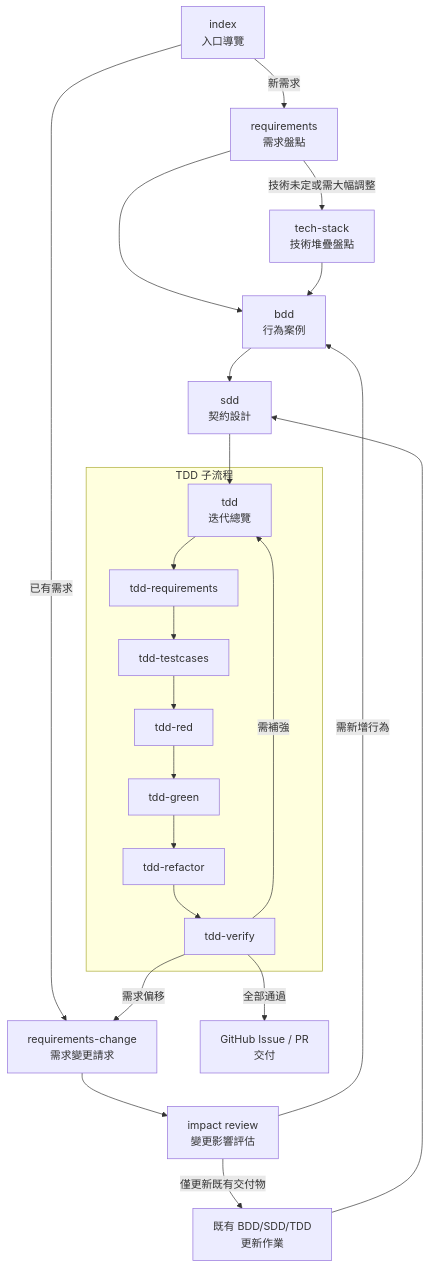
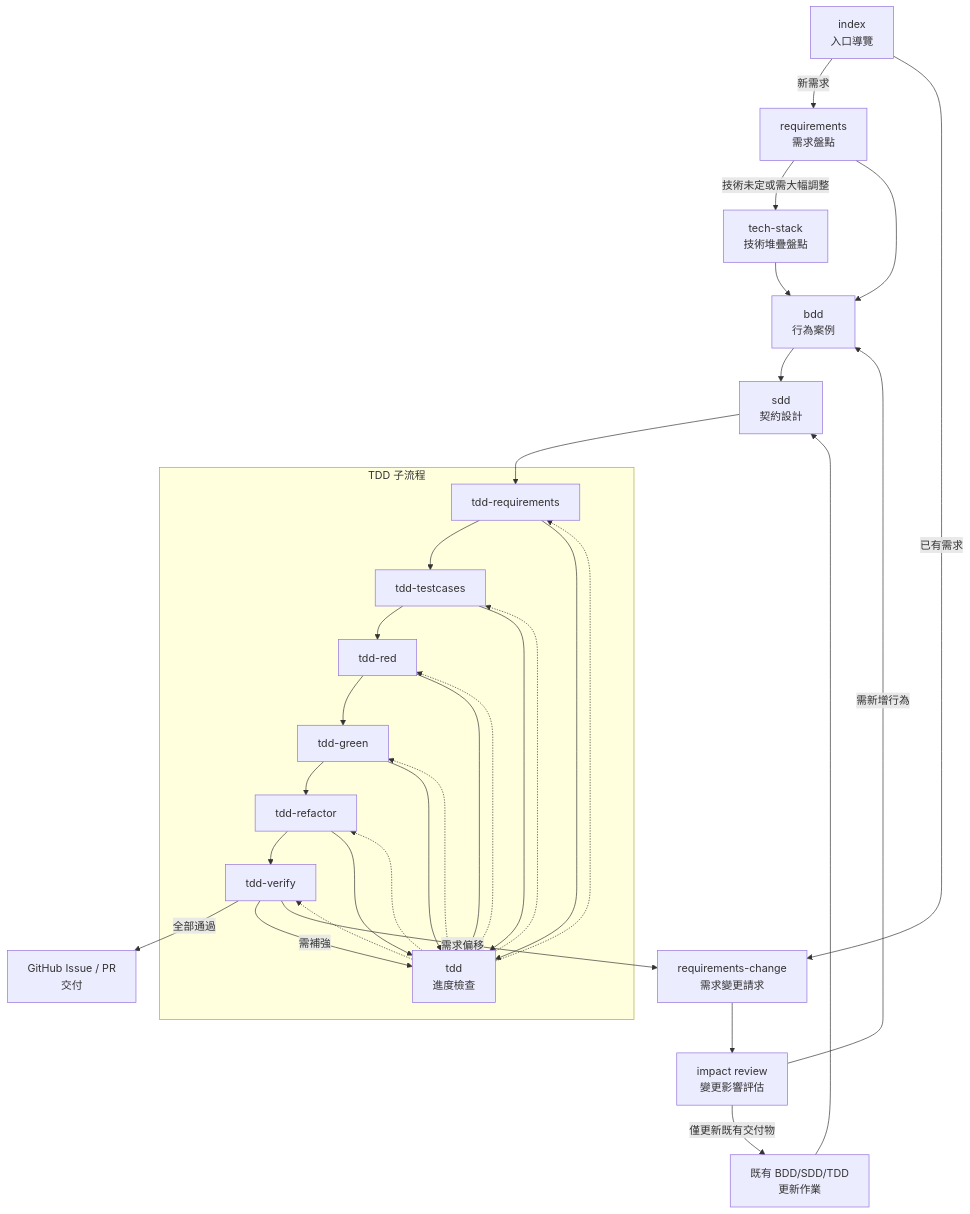
One commit to hsiangjenli/prompts changed the diagram in README.md. Above: the diagram before and after it, drawn with Mermaid. The commit also changed other lines of this file, not shown here.

Commit message:
fix: Update README for clarity in TDD process and prompt descriptions

````diff
--- a/README.md
+++ b/README.md
@@ -41,35 +43,45 @@
 ```mermaid
 flowchart TB
     PI[index
 入口導覽] -->|新需求| PRQ[requirements
 需求盤點]
     PI -->|已有需求| PRC[requirements-change
 需求變更請求]
     PRQ -->|技術未定或需大幅調整| TS[tech-stack
 技術堆疊盤點]
     PRQ --> PBDD[bdd
 行為案例]
     PRC --> PRV[impact review
 變更影響評估]
     PRV -->|僅更新既有交付物| PUPD[既有 BDD/SDD/TDD
 更新作業]
     PRV -->|需新增行為| PBDD
     TS --> PBDD
     PUPD --> PSDD
     PBDD --> PSDD[sdd
 契約設計]
-    PSDD --> PTDD[tdd
-迭代總覽]
+    PSDD --> TRQ[tdd-requirements]
     subgraph "TDD 子流程"
-        PTDD --> TRQ[tdd-requirements]
         TRQ --> TTC[tdd-testcases]
         TTC --> TRD[tdd-red]
         TRD --> TGR[tdd-green]
         TGR --> TRF[tdd-refactor]
         TRF --> TVF[tdd-verify]
+        PTDD[tdd
+進度檢查] -.-> TRQ
+        PTDD -.-> TTC
+        PTDD -.-> TRD
+        PTDD -.-> TGR
+        PTDD -.-> TRF
+        PTDD -.-> TVF
+        TRQ --> PTDD
+        TTC --> PTDD
+        TRD --> PTDD
+        TGR --> PTDD
+        TRF --> PTDD
     end
     TVF -->|全部通過| GH[GitHub Issue / PR
 交付]
     TVF -->|需補強| PTDD
     TVF -->|需求偏移| PRC
 ```
````
